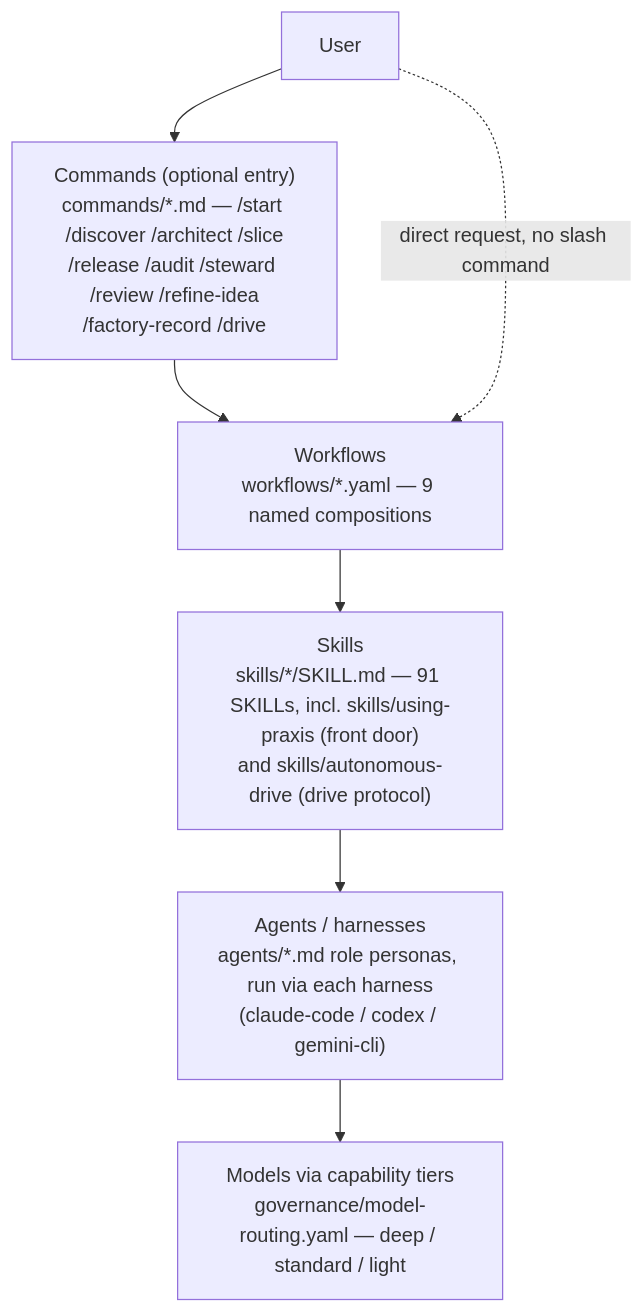
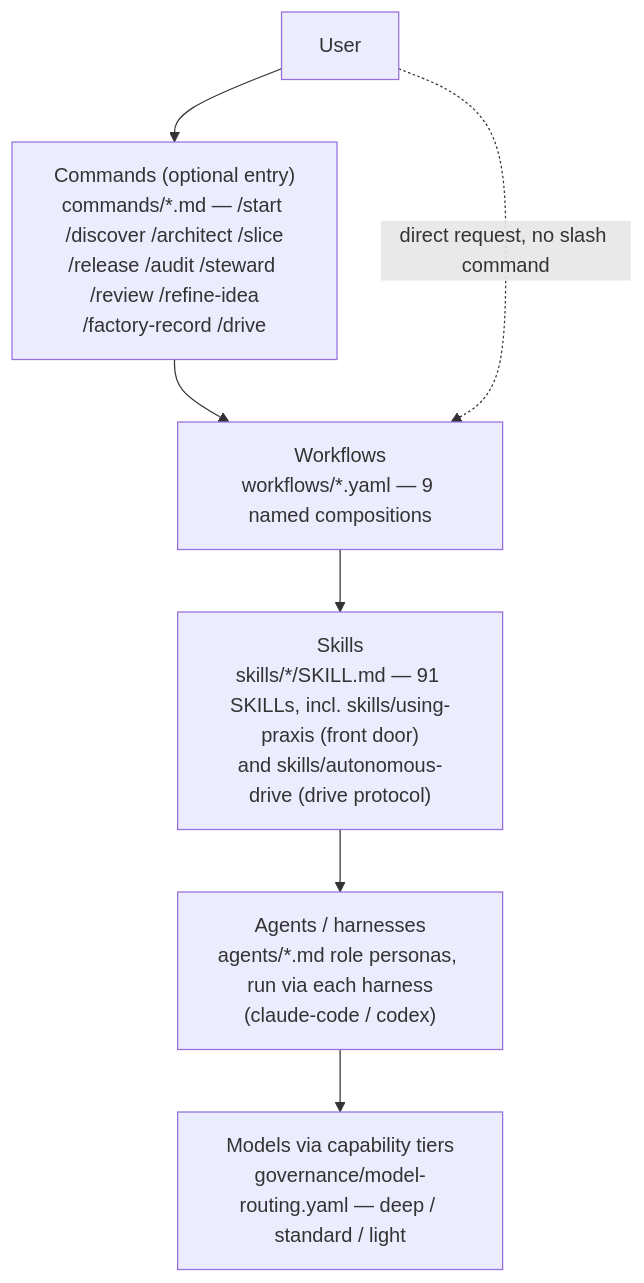
Before and after one commit to jeet129/praxis: the second of 4 diagrams in docs/operating-model.md, drawn with Mermaid. The commit also changed other lines of this file and 332 other files, not shown here.

````diff
--- a/docs/operating-model.md
+++ b/docs/operating-model.md
@@ -78,16 +78,16 @@
 ```mermaid
 flowchart TD
     USER["User"]
     CMD["Commands (optional entry)<br/>commands/*.md — /start /discover /architect /slice<br/>/release /audit /steward /review /refine-idea<br/>/factory-record /drive"]
     WFL["Workflows<br/>workflows/*.yaml — 9 named compositions"]
     SKL["Skills<br/>skills/*/SKILL.md — 91 SKILLs, incl. skills/using-praxis (front door)<br/>and skills/autonomous-drive (drive protocol)"]
-    AGH["Agents / harnesses<br/>agents/*.md role personas, run via each harness<br/>(claude-code / codex / gemini-cli)"]
+    AGH["Agents / harnesses<br/>agents/*.md role personas, run via each harness<br/>(claude-code / codex)"]
     MOD["Models via capability tiers<br/>governance/model-routing.yaml — deep / standard / light"]
 
     USER --> CMD
     CMD --> WFL
     USER -.->|direct request, no slash command| WFL
     WFL --> SKL
     SKL --> AGH
     AGH --> MOD
 ```
````
